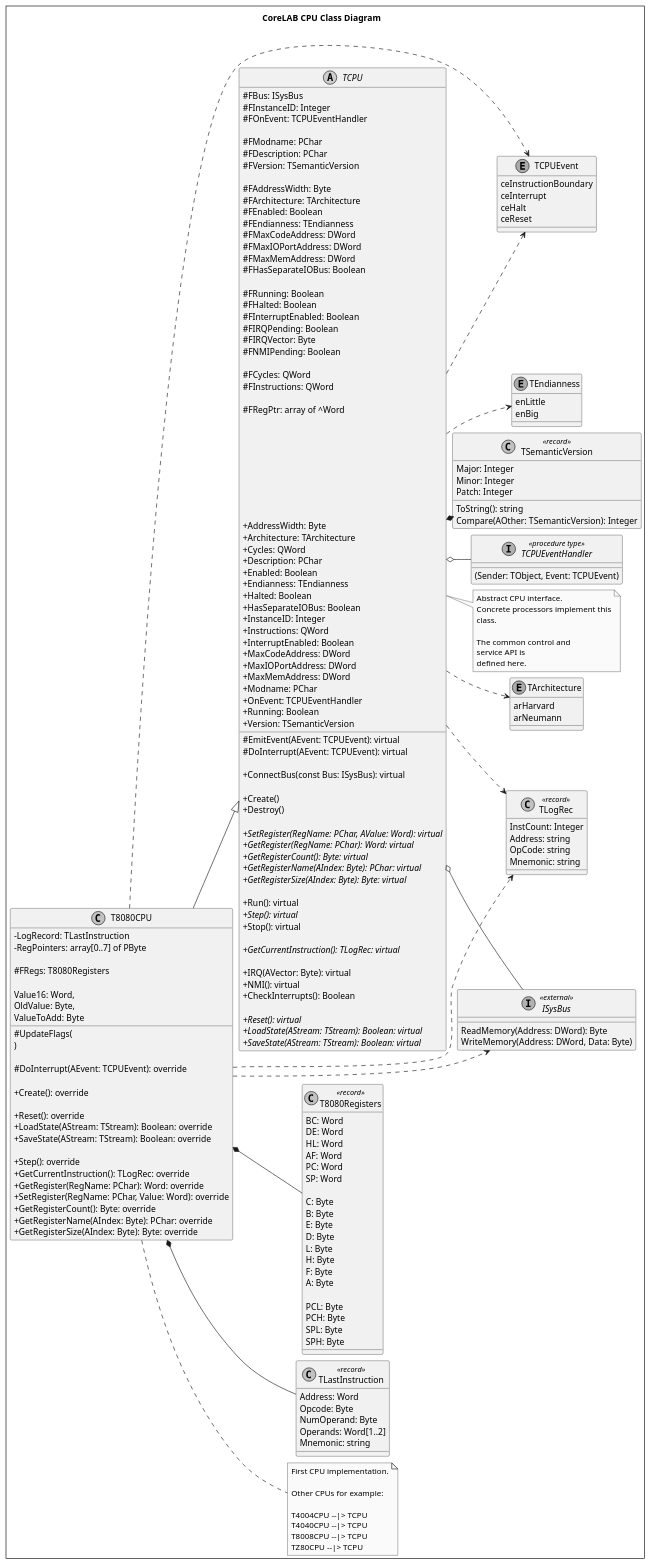
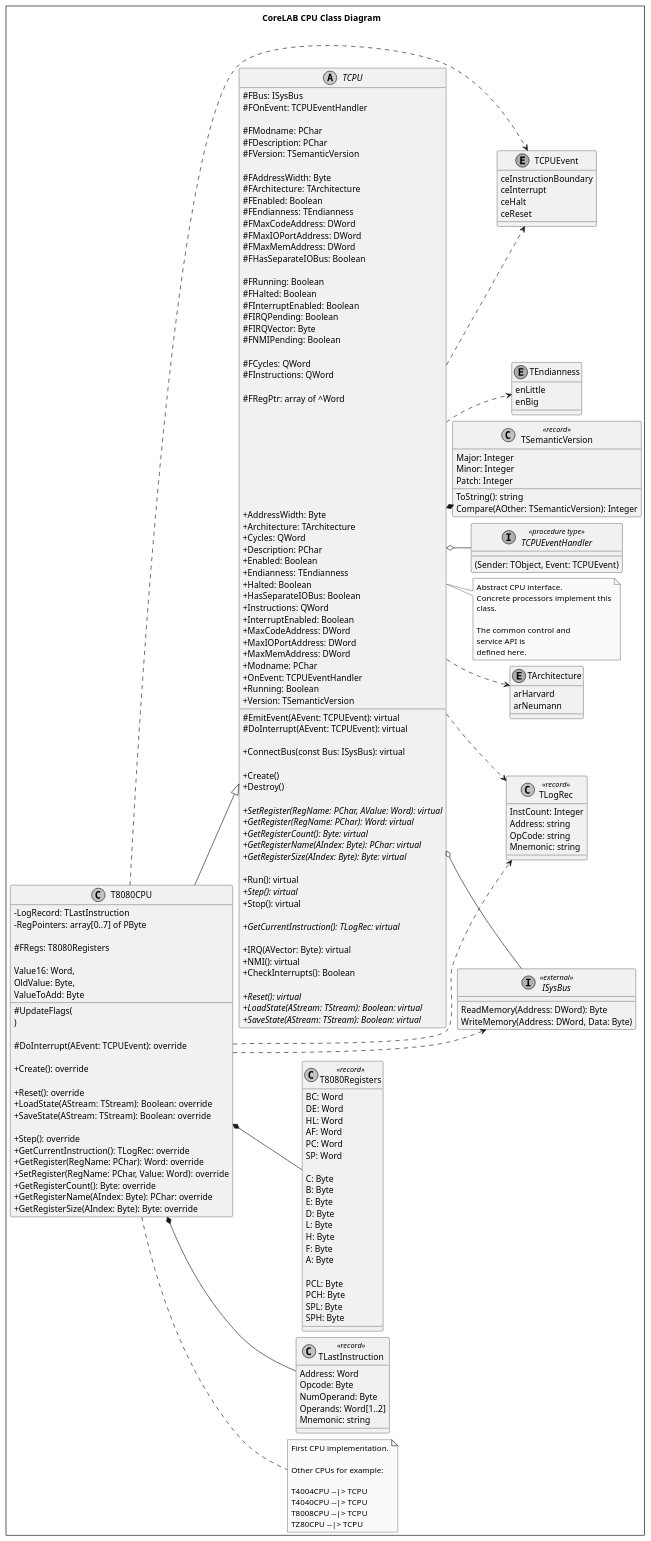
The diagram in document/code/diagrams/source/class_cpu.puml (pozsarzs/corelab), drawn with PlantUML before and after one commit. The commit also changed 45 other files, not shown here.

```diff
--- a/document/code/diagrams/source/class_cpu.puml
+++ b/document/code/diagrams/source/class_cpu.puml
@@ -72,7 +72,6 @@
 
 abstract class TCPU {
     #FBus: ISysBus
-    #FInstanceID: Integer
     #FOnEvent: TCPUEventHandler
 
     #FModname: PChar
@@ -136,7 +135,6 @@
     +Endianness: TEndianness
     +Halted: Boolean
     +HasSeparateIOBus: Boolean
-    +InstanceID: Integer
     +Instructions: QWord
     +InterruptEnabled: Boolean
     +MaxCodeAddress: DWord
```
